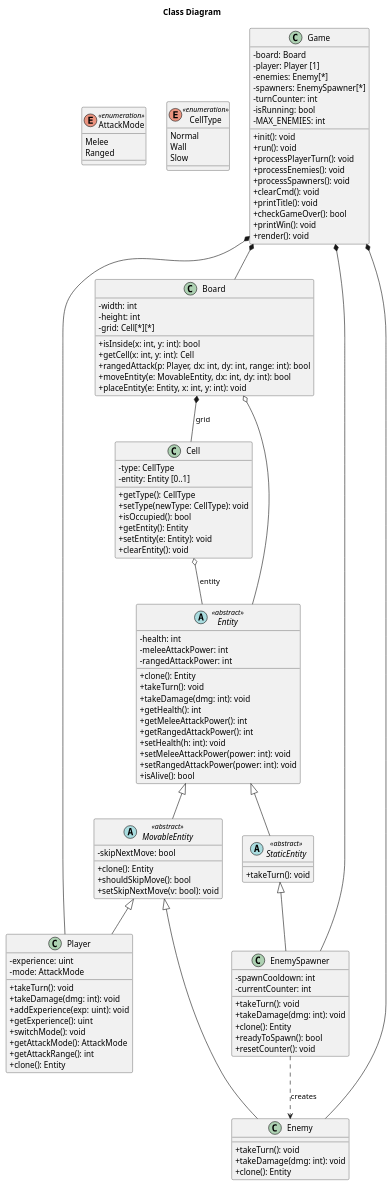
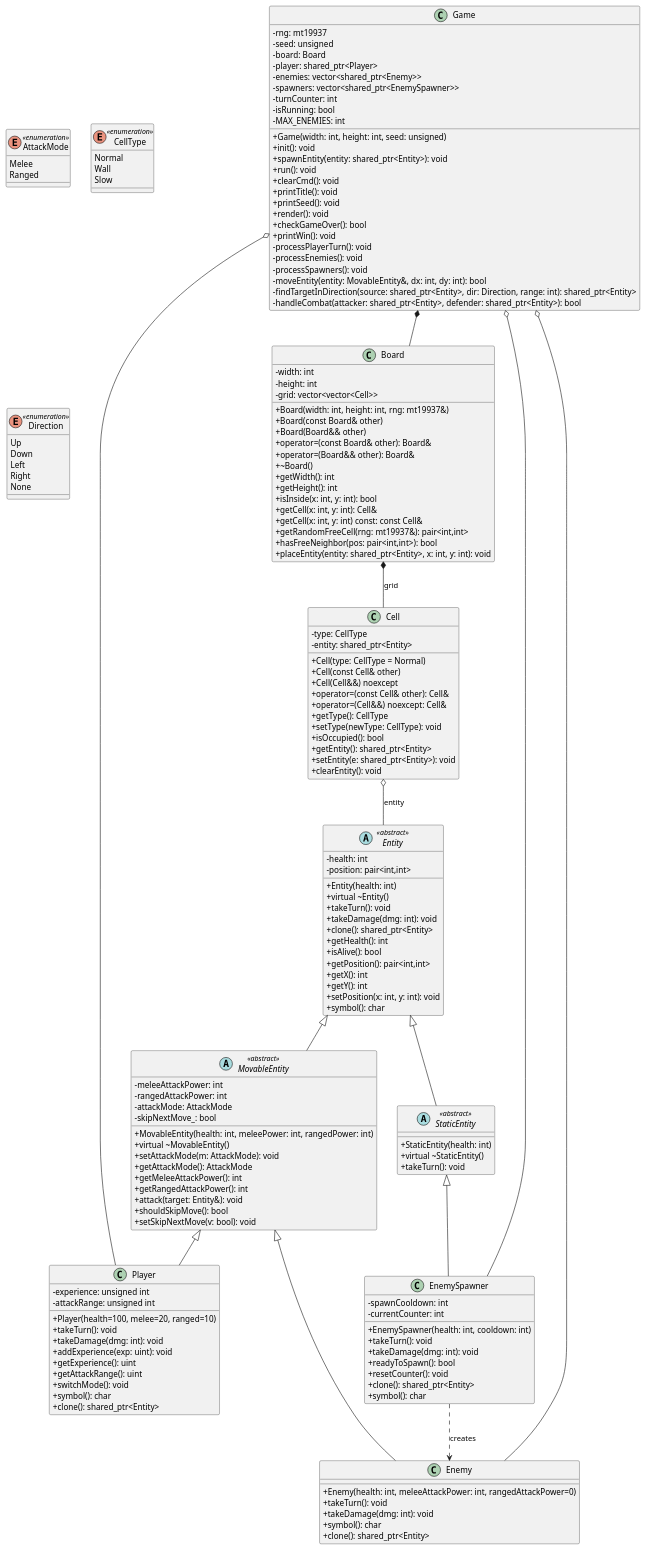
One commit to notrich22/OOPLabs changed the diagram in docs/class-diagram.puml. Above: the diagram before and after it, drawn with PlantUML. The commit also changed 41 other files, not shown here.

```diff
--- a/docs/class-diagram.puml
+++ b/docs/class-diagram.puml
@@ -1,137 +1,182 @@
 @startuml UML
-title Class Diagram
-
 skinparam shadowing false
 skinparam classAttributeIconSize 0
 
 ' ================== ENUMS ==================
-enum AttackMode <<enumeration>>{
+enum AttackMode <<enumeration>> {
     Melee
     Ranged
 }
 
-enum CellType <<enumeration>>{
+enum CellType <<enumeration>> {
     Normal
     Wall
     Slow
 }
 
-' ================== ABSTRACT CLASSES ==================
+enum Direction <<enumeration>> {
+    Up
+    Down
+    Left
+    Right
+    None
+}
+
+' ================== BASE ABSTRACT CLASSES ==================
 abstract class "Entity" <<abstract>> {
     - health: int
-    - meleeAttackPower: int
-    - rangedAttackPower: int
-    + clone(): Entity
+    - position: pair<int,int>
+    + Entity(health: int)
+    + virtual ~Entity()
     + takeTurn(): void
     + takeDamage(dmg: int): void
+    + clone(): shared_ptr<Entity>
     + getHealth(): int
-    + getMeleeAttackPower(): int
-    + getRangedAttackPower(): int
-    + setHealth(h: int): void
-    + setMeleeAttackPower(power: int): void
-    + setRangedAttackPower(power: int): void
     + isAlive(): bool
+    + getPosition(): pair<int,int>
+    + getX(): int
+    + getY(): int
+    + setPosition(x: int, y: int): void
+    + symbol(): char
 }
 
 abstract class "MovableEntity" <<abstract>> {
-    - skipNextMove: bool
-    + clone(): Entity
+    - meleeAttackPower: int
+    - rangedAttackPower: int
+    - attackMode: AttackMode
+    - skipNextMove_: bool
+    + MovableEntity(health: int, meleePower: int, rangedPower: int)
+    + virtual ~MovableEntity()
+    + setAttackMode(m: AttackMode): void
+    + getAttackMode(): AttackMode
+    + getMeleeAttackPower(): int
+    + getRangedAttackPower(): int
+    + attack(target: Entity&): void
     + shouldSkipMove(): bool
     + setSkipNextMove(v: bool): void
 }
 
 abstract class "StaticEntity" <<abstract>> {
+    + StaticEntity(health: int)
+    + virtual ~StaticEntity()
     + takeTurn(): void
 }
 
 "Entity" <|-- "MovableEntity"
 "Entity" <|-- "StaticEntity"
 
 ' ================== DERIVED CLASSES ==================
 class "Player" {
-    - experience: uint
-    - mode: AttackMode
+    - experience: unsigned int
+    - attackRange: unsigned int
+    + Player(health=100, melee=20, ranged=10)
     + takeTurn(): void
     + takeDamage(dmg: int): void
     + addExperience(exp: uint): void
     + getExperience(): uint
+    + getAttackRange(): uint
     + switchMode(): void
-    + getAttackMode(): AttackMode
-    + getAttackRange(): int
-    + clone(): Entity
+    + symbol(): char
+    + clone(): shared_ptr<Entity>
 }
 
 class "Enemy" {
+    + Enemy(health: int, meleeAttackPower: int, rangedAttackPower=0)
     + takeTurn(): void
     + takeDamage(dmg: int): void
-    + clone(): Entity
+    + symbol(): char
+    + clone(): shared_ptr<Entity>
 }
 
 class "EnemySpawner" {
     - spawnCooldown: int
     - currentCounter: int
+    + EnemySpawner(health: int, cooldown: int)
     + takeTurn(): void
     + takeDamage(dmg: int): void
-    + clone(): Entity
     + readyToSpawn(): bool
     + resetCounter(): void
+    + clone(): shared_ptr<Entity>
+    + symbol(): char
 }
 
 "MovableEntity" <|-- "Player"
 "MovableEntity" <|-- "Enemy"
 "StaticEntity" <|-- "EnemySpawner"
 
 ' ================== FIELD CLASSES ==================
 class "Cell" {
     - type: CellType
-    - entity: Entity [0..1]
+    - entity: shared_ptr<Entity>
+    + Cell(type: CellType = Normal)
+    + Cell(const Cell& other)
+    + Cell(Cell&&) noexcept
+    + operator=(const Cell& other): Cell&
+    + operator=(Cell&&) noexcept: Cell&
     + getType(): CellType
     + setType(newType: CellType): void
     + isOccupied(): bool
-    + getEntity(): Entity
-    + setEntity(e: Entity): void
+    + getEntity(): shared_ptr<Entity>
+    + setEntity(e: shared_ptr<Entity>): void
     + clearEntity(): void
 }
 
 class "Board" {
     - width: int
     - height: int
-    - grid: Cell[*][*]
+    - grid: vector<vector<Cell>>
+    + Board(width: int, height: int, rng: mt19937&)
+    + Board(const Board& other)
+    + Board(Board&& other)
+    + operator=(const Board& other): Board&
+    + operator=(Board&& other): Board&
+    + ~Board()
+    + getWidth(): int
+    + getHeight(): int
     + isInside(x: int, y: int): bool
-    + getCell(x: int, y: int): Cell
-    + rangedAttack(p: Player, dx: int, dy: int, range: int): bool
-    + moveEntity(e: MovableEntity, dx: int, dy: int): bool
-    + placeEntity(e: Entity, x: int, y: int): void
+    + getCell(x: int, y: int): Cell&
+    + getCell(x: int, y: int) const: const Cell&
+    + getRandomFreeCell(rng: mt19937&): pair<int,int>
+    + hasFreeNeighbor(pos: pair<int,int>): bool
+    + placeEntity(entity: shared_ptr<Entity>, x: int, y: int): void
 }
 
+' ================== GAME CORE ==================
 class "Game" {
+    - rng: mt19937
+    - seed: unsigned
     - board: Board
-    - player: Player [1]
-    - enemies: Enemy[*]
-    - spawners: EnemySpawner[*]
+    - player: shared_ptr<Player>
+    - enemies: vector<shared_ptr<Enemy>>
+    - spawners: vector<shared_ptr<EnemySpawner>>
     - turnCounter: int
     - isRunning: bool
     - MAX_ENEMIES: int
+    + Game(width: int, height: int, seed: unsigned)
     + init(): void
+    + spawnEntity(entity: shared_ptr<Entity>): void
     + run(): void
-    + processPlayerTurn(): void
-    + processEnemies(): void
-    + processSpawners(): void
     + clearCmd(): void
     + printTitle(): void
+    + printSeed(): void
+    + render(): void
     + checkGameOver(): bool
     + printWin(): void
-    + render(): void
+    - processPlayerTurn(): void
+    - processEnemies(): void
+    - processSpawners(): void
+    - moveEntity(entity: MovableEntity&, dx: int, dy: int): bool
+    - findTargetInDirection(source: shared_ptr<Entity>, dir: Direction, range: int): shared_ptr<Entity>
+    - handleCombat(attacker: shared_ptr<Entity>, defender: shared_ptr<Entity>): bool
 }
 
 ' ================== RELATIONSHIPS ==================
 "Board" *-- "Cell" : grid
 "Cell" o-- "Entity" : entity
-"Board" o-- "Entity"
 "Game" *-- "Board"
-"Game" *-- "Player"
-"Game" *-- "Enemy"
-"Game" *-- "EnemySpawner"
+"Game" o-- "Player"
+"Game" o-- "Enemy"
+"Game" o-- "EnemySpawner"
 "EnemySpawner" ..> "Enemy" : creates
 
 @enduml
```
